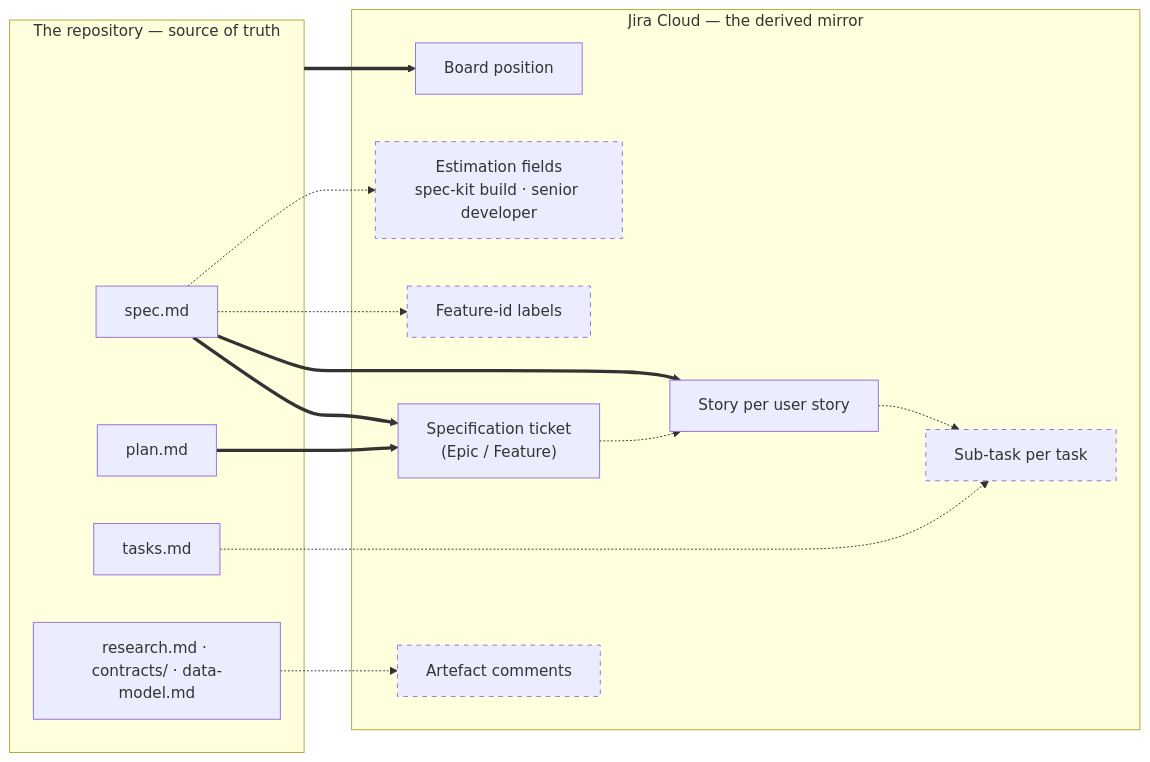
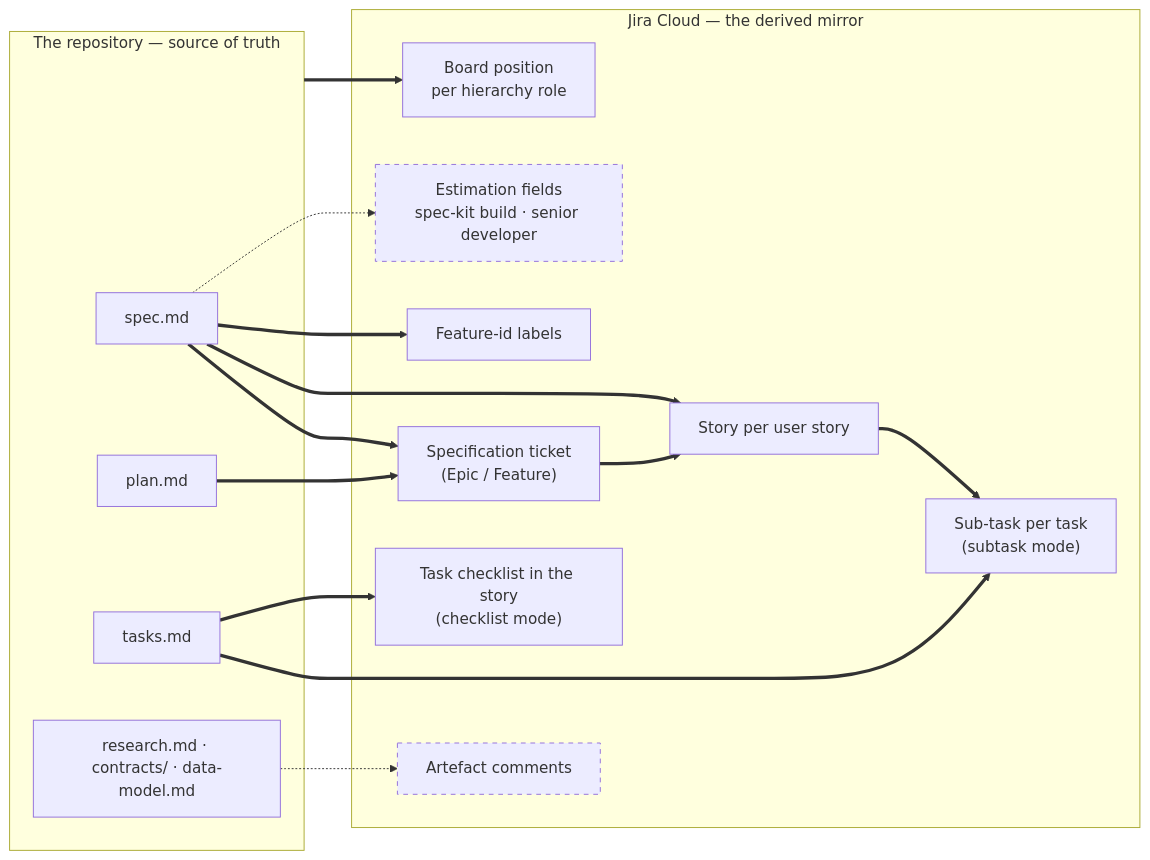
Before and after one commit to Fyloss/spec-kit-jira: the diagram in docs/VISION.md, drawn with Mermaid. The commit also changed other lines of this file and 129 other files, not shown here.

````diff
--- a/docs/VISION.md
+++ b/docs/VISION.md
@@ -73,33 +73,35 @@
 ```mermaid
 flowchart LR
     subgraph Disk["The repository — source of truth"]
         Spec["spec.md"]
         Plan["plan.md"]
         Tasks["tasks.md"]
         Extra["research.md · contracts/ · data-model.md"]
     end
 
     subgraph Jira["Jira Cloud — the derived mirror"]
         Parent["Specification ticket<br/>(Epic / Feature)"]
         Story["Story per user story"]
-        Sub["Sub-task per task"]
+        Sub["Sub-task per task<br/>(subtask mode)"]
+        Check["Task checklist in the story<br/>(checklist mode)"]
+        Label["Feature-id labels"]
         Comment["Artefact comments"]
-        Label["Feature-id labels"]
-        Status["Board position"]
+        Status["Board position<br/>per hierarchy role"]
         Est["Estimation fields<br/>spec-kit build · senior developer"]
     end
 
     Spec ==> Parent
     Spec ==> Story
     Plan ==> Parent
-    Parent -.-> Story
-    Story -.-> Sub
-    Tasks -.-> Sub
+    Parent ==> Story
+    Story ==> Sub
+    Tasks ==> Sub
+    Tasks ==> Check
+    Spec ==> Label
     Extra -.-> Comment
-    Spec -.-> Label
     Spec -.-> Est
     Disk ==> Status
 
     classDef planned stroke-dasharray: 5 5
-    class Sub,Comment,Label,Est planned
+    class Comment,Est planned
 ```
````
